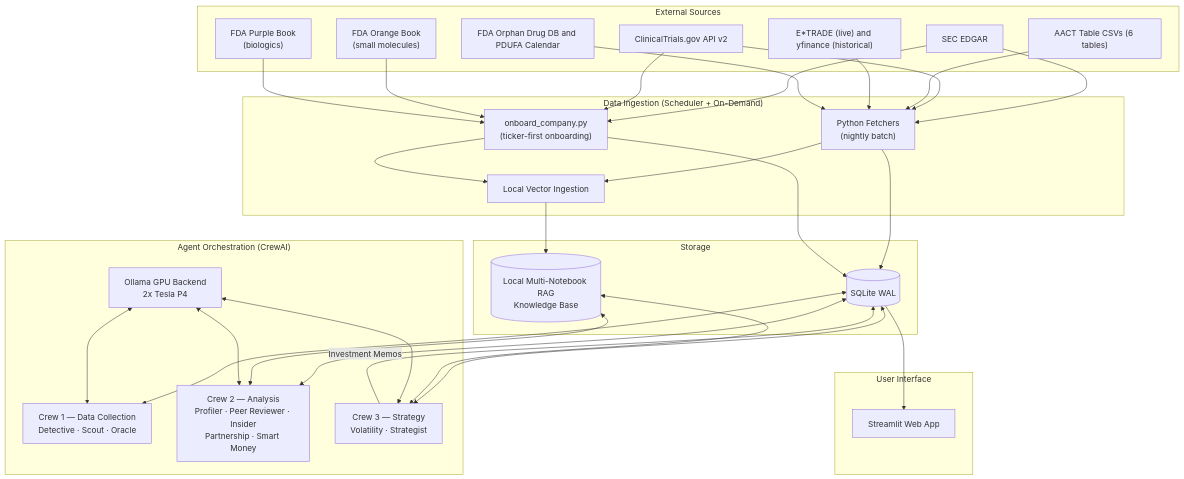
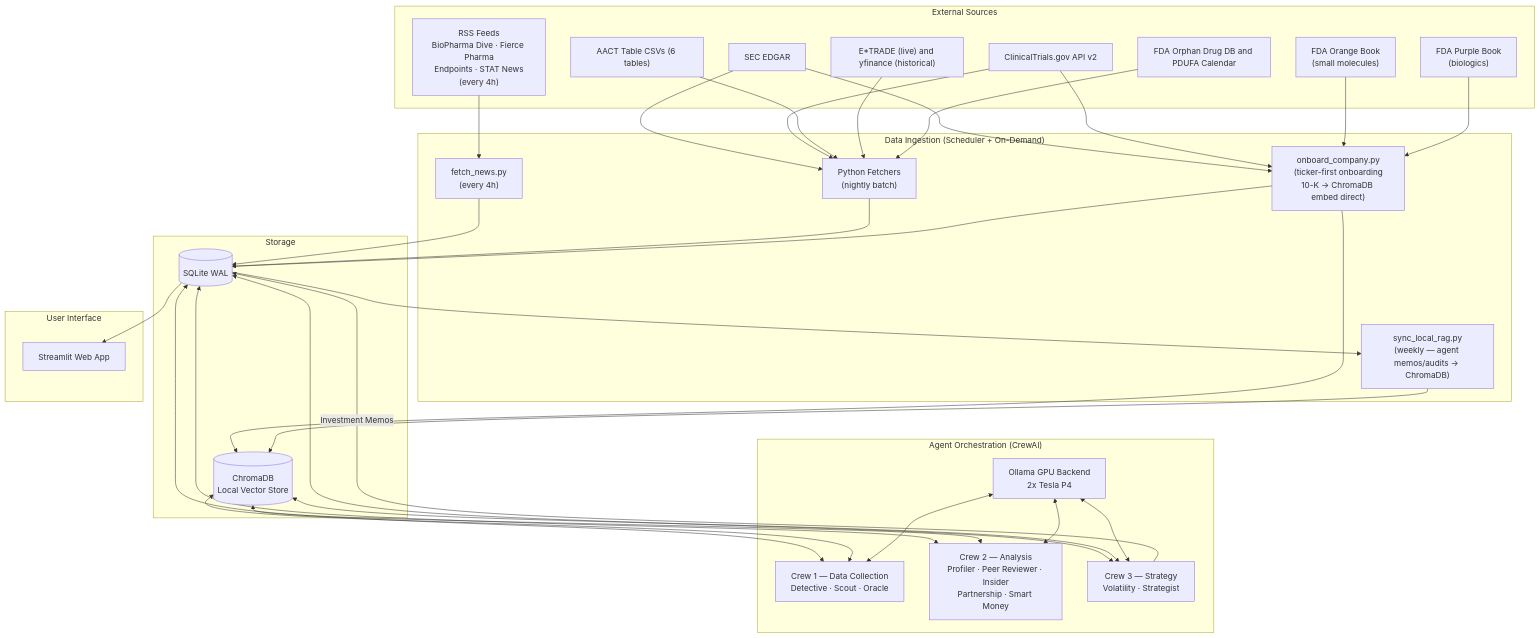
One commit to jkadoko/agentic-biotech-research-public changed the diagram in docs/ARCHITECTURE.md. Above: the diagram before and after it, drawn with Mermaid. The commit also changed other lines of this file and 33 other files, not shown here.

````diff
--- a/docs/ARCHITECTURE.md
+++ b/docs/ARCHITECTURE.md
@@ -45,60 +51,65 @@
 ```mermaid
 flowchart TD
     subgraph ext["External Sources"]
         SEC["SEC EDGAR"]
         CTv2["ClinicalTrials.gov API v2"]
         AACT["AACT Table CSVs (6 tables)"]
         MKT["E*TRADE (live) and yfinance (historical)"]
         FDA["FDA Orphan Drug DB and PDUFA Calendar"]
         OB["FDA Orange Book\n(small molecules)"]
         PB["FDA Purple Book\n(biologics)"]
+        RSS["RSS Feeds\nBioPharma Dive · Fierce Pharma\nEndpoints · STAT News\n(every 4h)"]
     end
 
     subgraph ingest["Data Ingestion (Scheduler + On-Demand)"]
         IngestScripts["Python Fetchers\n(nightly batch)"]
-        SyncLocalRAG["Local Vector Ingestion"]
-        Onboard["onboard_company.py\n(ticker-first onboarding)"]
+        NewsFetcher["fetch_news.py\n(every 4h)"]
+        SyncLocalRAG["sync_local_rag.py\n(weekly — agent memos/audits → ChromaDB)"]
+        Onboard["onboard_company.py\n(ticker-first onboarding\n10-K → ChromaDB embed direct)"]
     end
 
     subgraph storage["Storage"]
         DB[("SQLite WAL")]
-        NLM[("Local Multi-Notebook RAG\nKnowledge Base")]
+        ChromaDB[("ChromaDB\nLocal Vector Store")]
     end
 
     subgraph crews["Agent Orchestration (CrewAI)"]
         DataCrew["Crew 1 — Data Collection\nDetective · Scout · Oracle"]
         AnalysisCrew["Crew 2 — Analysis\nProfiler · Peer Reviewer · Insider\nPartnership · Smart Money"]
         StrategyCrew["Crew 3 — Strategy\nVolatility · Strategist"]
         Ollama["Ollama GPU Backend\n2x Tesla P4"]
     end
 
     subgraph ui["User Interface"]
         UI["Streamlit Web App"]
     end
 
+    RSS --> NewsFetcher
+    NewsFetcher --> DB
     SEC & CTv2 & AACT & MKT & FDA --> IngestScripts
     %% Onboarding pipeline: ticker → 10-K → ChromaDB embed → LLM extract → SQLite upsert → trial linkage via drug names/NCT IDs/company name
     SEC --> Onboard
     CTv2 --> Onboard
     OB & PB --> Onboard
 
     IngestScripts --> DB
-    IngestScripts --> SyncLocalRAG
     Onboard --> DB
-    Onboard --> SyncLocalRAG
-    SyncLocalRAG --> NLM
+    Onboard --> ChromaDB
+    DB --> SyncLocalRAG
+    SyncLocalRAG --> ChromaDB
 
     DB <--> DataCrew
     DB <--> AnalysisCrew
     DB <--> StrategyCrew
 
-    NLM <--> AnalysisCrew
-    NLM <--> StrategyCrew
+    ChromaDB <--> DataCrew
+    ChromaDB <--> AnalysisCrew
+    ChromaDB <--> StrategyCrew
 
     Ollama <--> DataCrew
     Ollama <--> AnalysisCrew
     Ollama <--> StrategyCrew
 
     StrategyCrew -->|"Investment Memos"| DB
     DB --> UI
 ```
````
